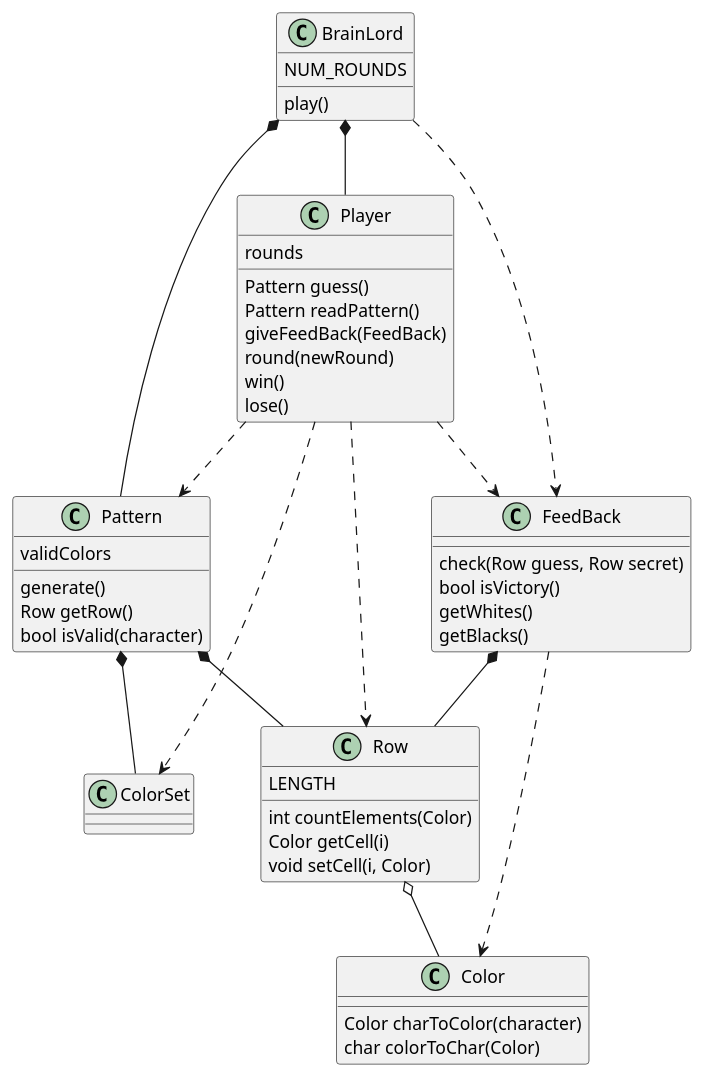
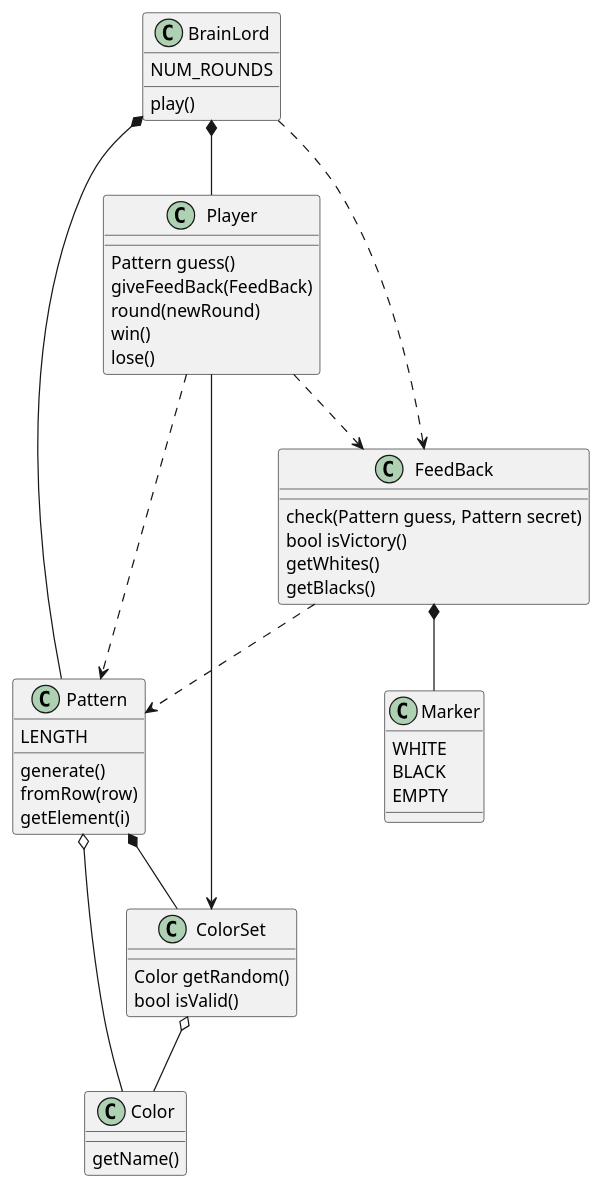
The diagram in brainlord/analysis/brainlord.puml (hombrenieve/brainlord), drawn with PlantUML before and after one commit. The commit also changed 10 other files, not shown here.

```diff
--- a/brainlord/analysis/brainlord.puml
+++ b/brainlord/analysis/brainlord.puml
@@ -1,64 +1,61 @@
 @startuml
 
 class BrainLord { 
-	NUM_ROUNDS
-	play()
+ NUM_ROUNDS
+ play()
 } 
 
 class Player {
-	rounds
-	Pattern guess() 
-	Pattern readPattern()
-	giveFeedBack(FeedBack)
-	round(newRound)
-	win() 
-	lose() 
+ Pattern guess()
+ giveFeedBack(FeedBack)
+ round(newRound)
+ win() 
+ lose() 
 } 
 
 class Pattern { 
-	validColors
-	generate()
-	Row getRow()
-	bool isValid(character)
+ LENGTH
+ generate()
+ fromRow(row)
+ getElement(i)
 } 
 
 class ColorSet {
+ Color getRandom()
+ bool isValid()
+}
+
+class Color {
+ getName()
 }
 
 class FeedBack { 
-	check(Row guess, Row secret)
-	bool isVictory() 
-	getWhites()
-	getBlacks()
-} 
-
-class Row {
-	LENGTH
-	int countElements(Color)
-	Color getCell(i)
-	void setCell(i, Color)
+ check(Pattern guess, Pattern secret)
+ bool isVictory() 
+ getWhites()
+ getBlacks()
 }
 
-class Color {
-	Color charToColor(character)
-	char colorToChar(Color)
+class Marker {
+ WHITE
+ BLACK
+ EMPTY 
 }
 
 BrainLord *-- Player 
 BrainLord *-- Pattern 
 BrainLord ..> FeedBack 
 
 Player ..> Pattern 
 Player ..> FeedBack
-Player ..> Row
-Player ..> ColorSet
+Player --> ColorSet
 
 Pattern *-- ColorSet
-Pattern *-- Row
-FeedBack *-- Row
+Pattern o-- Color
 
-FeedBack ..> Color
+ColorSet o-- Color
 
-Row o-- Color
+FeedBack ..> Pattern
+FeedBack *-- Marker
 
 @enduml
```
